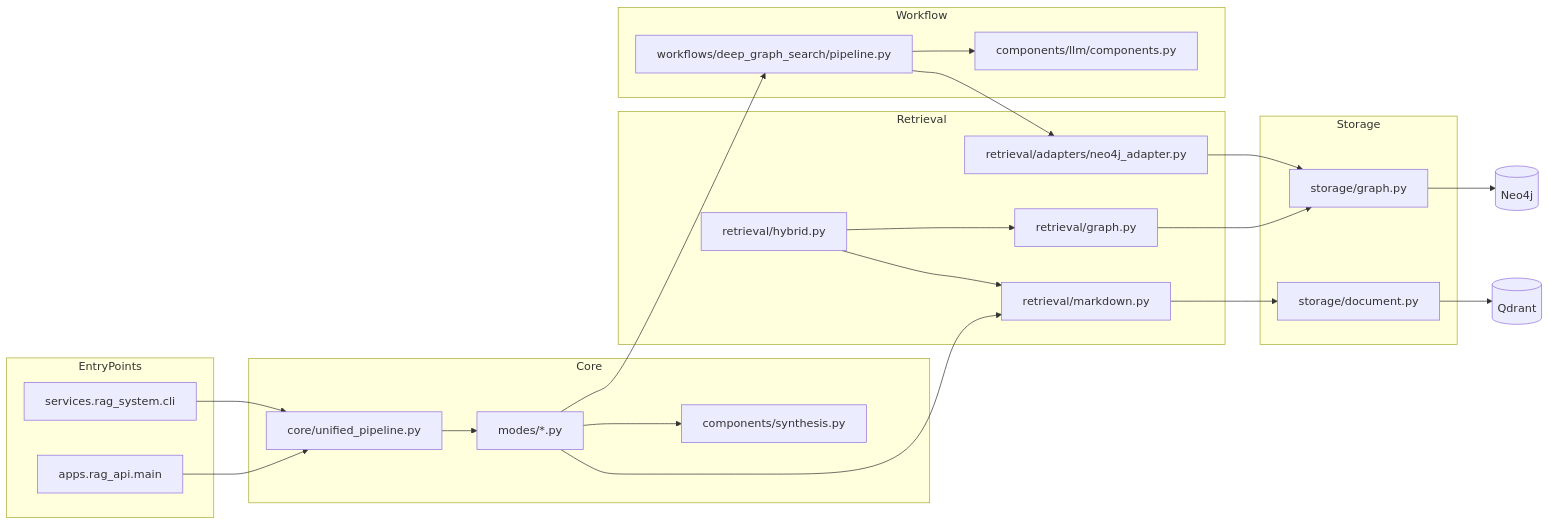
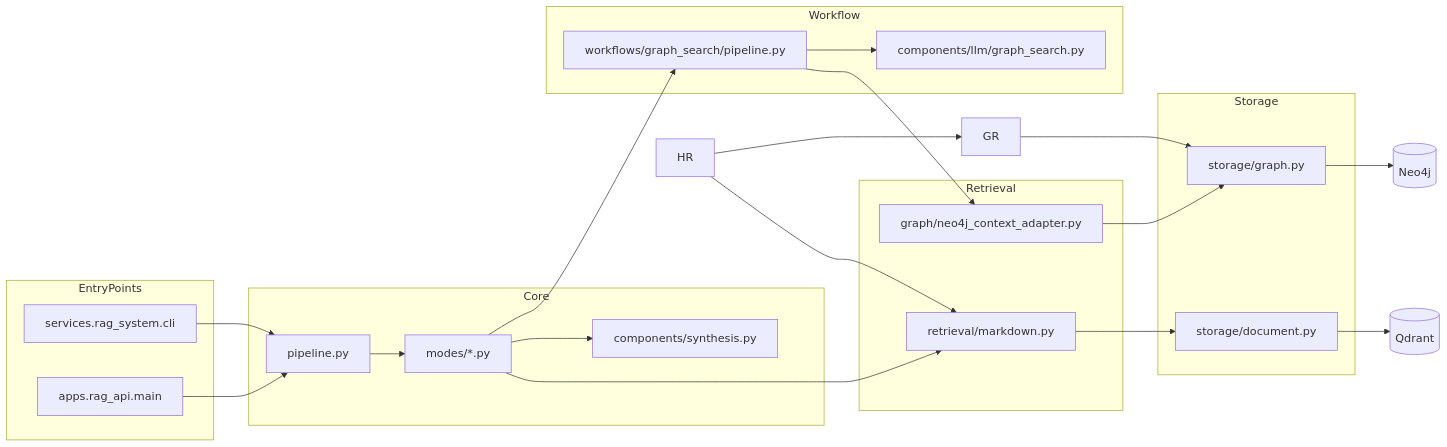
The second of 8 diagrams in services/rag_system/README.md (quyen20345/KGsAuto), drawn with Mermaid before and after one commit. The commit also changed other lines of this file and 2 other files, not shown here.

Commit message:
docs: update repository guidance and RAG architecture

````diff
--- a/services/rag_system/README.md
+++ b/services/rag_system/README.md
@@ -118,49 +114,48 @@
 ```mermaid
 flowchart LR
     subgraph EntryPoints
         CLI[services.rag_system.cli]
         API[apps.rag_api.main]
     end
 
     subgraph Core
-        U[core/unified_pipeline.py]
+        U[pipeline.py]
         M[modes/*.py]
         S[components/synthesis.py]
     end
 
     subgraph Retrieval
         MR[retrieval/markdown.py]
-        GR[retrieval/graph.py]
-        HR[retrieval/hybrid.py]
-        NA[retrieval/adapters/neo4j_adapter.py]
+
+        NA[graph/neo4j_context_adapter.py]
     end
 
     subgraph Storage
         DS[storage/document.py]
         GS[storage/graph.py]
     end
 
     subgraph Workflow
-        WG[workflows/deep_graph_search/pipeline.py]
-        LC[components/llm/components.py]
+        WG[workflows/graph_search/pipeline.py]
+        LC[components/llm/graph_search.py]
     end
 
     CLI --> U
     API --> U
 
     U --> M
     M --> MR
     M --> S
     M --> WG
 
     MR --> DS
     GR --> GS
     HR --> MR
     HR --> GR
     WG --> NA
     WG --> LC
     NA --> GS
 
     DS --> Q[(Qdrant)]
     GS --> N[(Neo4j)]
 ```
````
